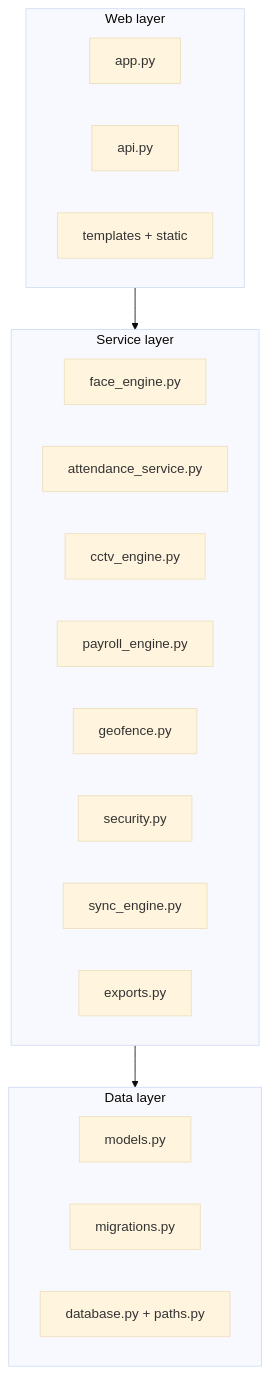
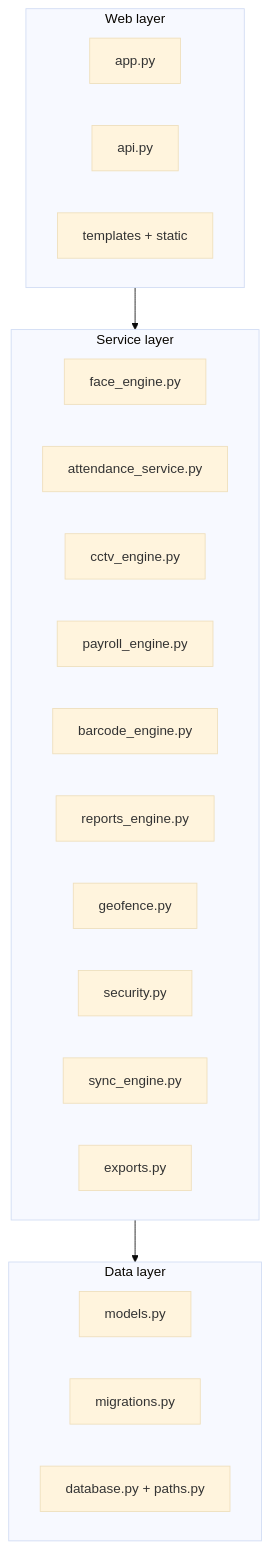
One commit to TBS5596/Farm-Worker-Management-System changed the diagram in wiki/modules/README.md. Above: the diagram before and after it, drawn with Mermaid (base theme). The commit also changed other lines of this file and 66 other files, not shown here.

````diff
--- a/wiki/modules/README.md
+++ b/wiki/modules/README.md
@@ -13,24 +13,26 @@
 ```mermaid
 flowchart TB
     subgraph web["Web layer"]
         APP["app.py"]
         API["api.py"]
         FE_["templates + static"]
     end
     subgraph svc["Service layer"]
         FACE["face_engine.py"]
         ATT["attendance_service.py"]
         CCTV["cctv_engine.py"]
         PAY["payroll_engine.py"]
+        CARD["barcode_engine.py"]
+        REP["reports_engine.py"]
         GEO["geofence.py"]
         SEC["security.py"]
         SYNC["sync_engine.py"]
         EXP["exports.py"]
     end
     subgraph data["Data layer"]
         MOD["models.py"]
         MIG["migrations.py"]
         DBP["database.py + paths.py"]
     end
     web --> svc --> data
 ```
````
